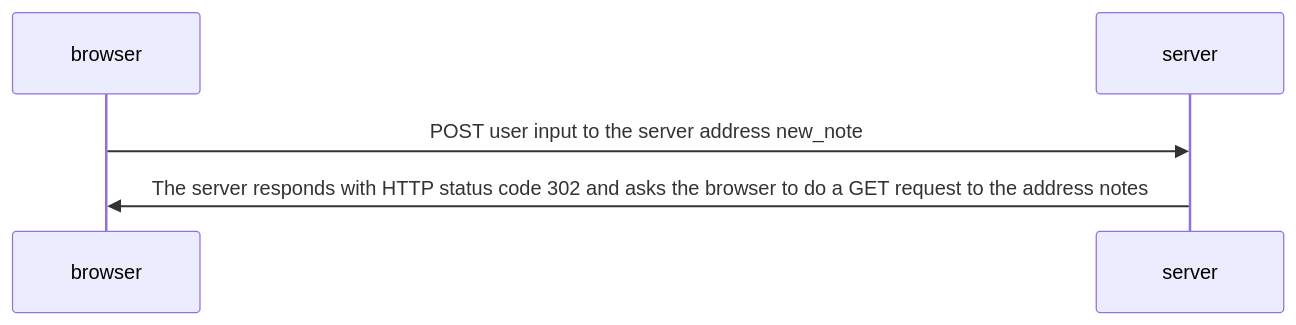
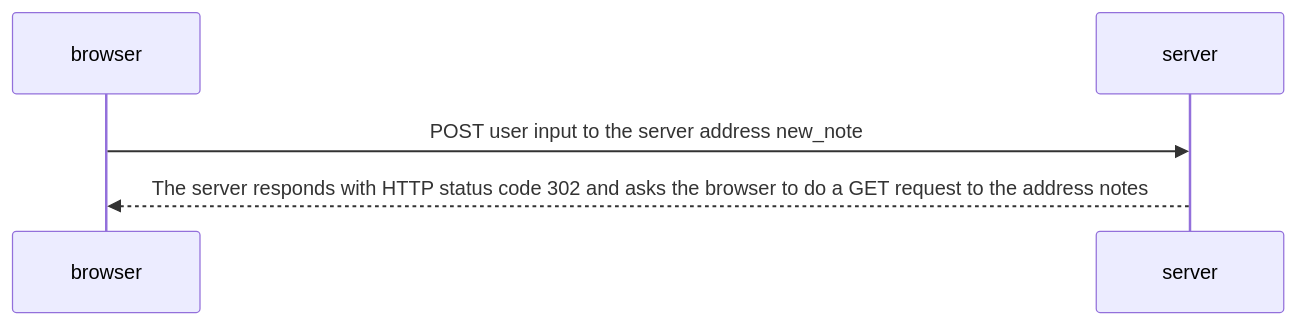
The diagram in Part0.md (early-dew/FullStackOpen), drawn with Mermaid before and after one commit.

````diff
--- a/Part0.md
+++ b/Part0.md
@@ -1,7 +1,7 @@
 ```mermaid
 sequenceDiagram
  participant browser
  participant server
  browser->>server: POST user input to the server address new_note
- server->>browser: The server responds with HTTP status code 302 and asks the browser to do a GET request to the address notes
+ server-->>browser: The server responds with HTTP status code 302 and asks the browser to do a GET request to the address notes
 ```
````
